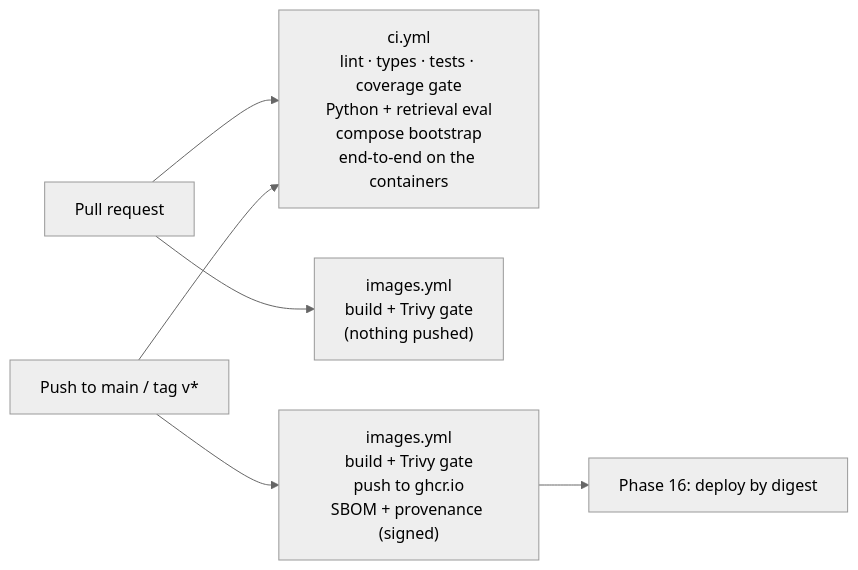
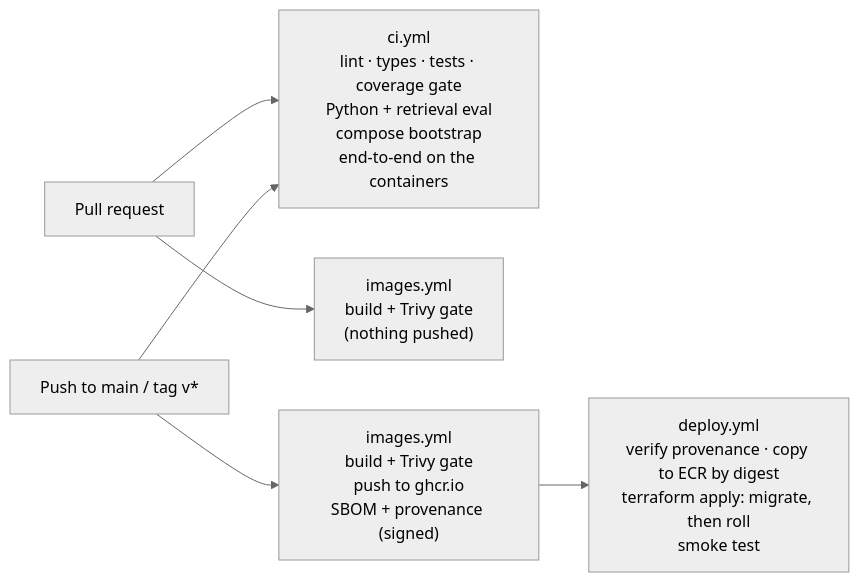
The diagram in docs/cicd.md (vishalreddy9514/forge-engineering-platform), drawn with Mermaid (neutral theme) before and after one commit. The commit also changed other lines of this file and 66 other files, not shown here.

First line of the commit message:
Phase 16: AWS with Terraform (ECS Fargate, RDS, ElastiCache, OIDC deploys) (#28)

````diff
--- a/docs/cicd.md
+++ b/docs/cicd.md
@@ -6,8 +7,8 @@
 ```mermaid
 flowchart LR
     pr["Pull request"] --> ci["ci.yml<br/>lint · types · tests · coverage gate<br/>Python + retrieval eval<br/>compose bootstrap<br/>end-to-end on the containers"]
     pr --> imgpr["images.yml<br/>build + Trivy gate<br/>(nothing pushed)"]
     main["Push to main / tag v*"] --> ci
     main --> img["images.yml<br/>build + Trivy gate<br/>push to ghcr.io<br/>SBOM + provenance (signed)"]
-    img --> deploy["Phase 16: deploy by digest"]
+    img --> deploy["deploy.yml<br/>verify provenance · copy to ECR by digest<br/>terraform apply: migrate, then roll<br/>smoke test"]
 ```
````
